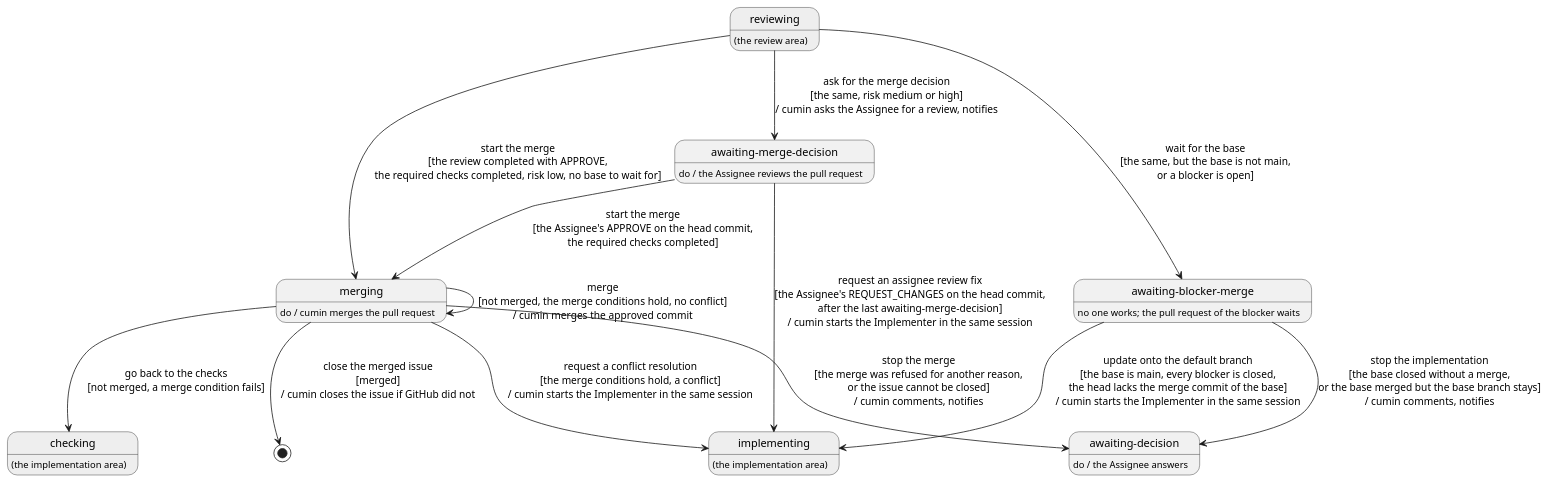
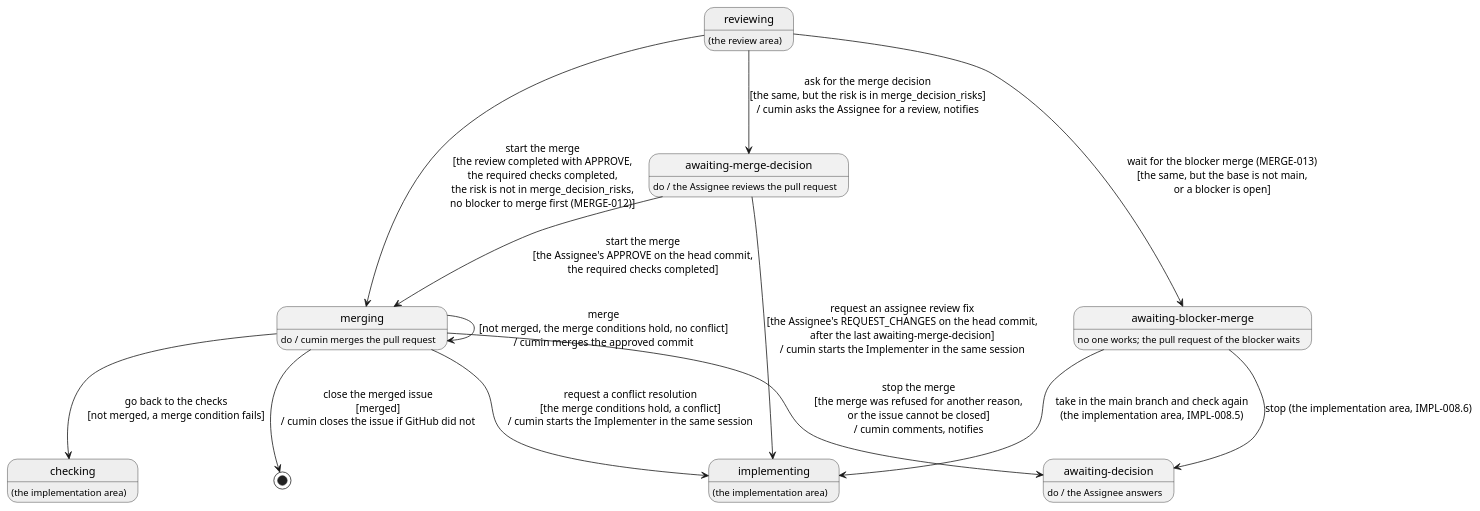
The diagram in docs/ja/requirements/merge/overview.puml (cloveclovedev/cumin-works), drawn with PlantUML before and after one commit. The commit also changed 6 other files, not shown here.

First line of the commit message:
docs(requirements): choose by a setting which risks need a merge decision

```diff
--- a/docs/ja/requirements/merge/overview.puml
+++ b/docs/ja/requirements/merge/overview.puml
@@ -1,43 +1,43 @@
 @startuml overview
 ' cumin-works - the states of an implementation issue in the merge stage.
 ' A state is a label on GitHub, written without "cumin/status/". "do /" says who works in the state.
 ' A transition is written: action [guard] / what cumin does. A gray state belongs to another area.
 ' Render: run scripts/render-diagrams.sh at the root of the repository.
 
 hide empty description
 
 state "reviewing" as Reviewing #EEEEEE
 Reviewing : (the review area)
 
 state "awaiting-merge-decision" as MergeDecision
 MergeDecision : do / the Assignee reviews the pull request
 
 state "merging" as Merging
 Merging : do / cumin merges the pull request
 
 state "implementing" as Implementing #EEEEEE
 Implementing : (the implementation area)
 
 state "checking" as Checking #EEEEEE
 Checking : (the implementation area)
 
 state "awaiting-blocker-merge" as AwaitingBase
 AwaitingBase : no one works; the pull request of the blocker waits
 
 state "awaiting-decision" as Decision
 Decision : do / the Assignee answers
 
-Reviewing --> Merging : start the merge\n[the review completed with APPROVE,\nthe required checks completed, risk low, no base to wait for]
-Reviewing --> MergeDecision : ask for the merge decision\n[the same, risk medium or high]\n/ cumin asks the Assignee for a review, notifies
+Reviewing --> Merging : start the merge\n[the review completed with APPROVE,\nthe required checks completed,\nthe risk is not in merge_decision_risks,\nno blocker to merge first (MERGE-012)]
+Reviewing --> MergeDecision : ask for the merge decision\n[the same, but the risk is in merge_decision_risks]\n/ cumin asks the Assignee for a review, notifies
 MergeDecision --> Merging : start the merge\n[the Assignee's APPROVE on the head commit,\nthe required checks completed]
 MergeDecision --> Implementing : request an assignee review fix\n[the Assignee's REQUEST_CHANGES on the head commit,\nafter the last awaiting-merge-decision]\n/ cumin starts the Implementer in the same session
-Reviewing --> AwaitingBase : wait for the base\n[the same, but the base is not main,\nor a blocker is open]
-AwaitingBase --> Implementing : update onto the default branch\n[the base is main, every blocker is closed,\nthe head lacks the merge commit of the base]\n/ cumin starts the Implementer in the same session
-AwaitingBase --> Decision : stop the implementation\n[the base closed without a merge,\nor the base merged but the base branch stays]\n/ cumin comments, notifies
+Reviewing --> AwaitingBase : wait for the blocker merge (MERGE-013)\n[the same, but the base is not main,\nor a blocker is open]
+AwaitingBase --> Implementing : take in the main branch and check again\n(the implementation area, IMPL-008.5)
+AwaitingBase --> Decision : stop (the implementation area, IMPL-008.6)
 Merging --> Merging : merge\n[not merged, the merge conditions hold, no conflict]\n/ cumin merges the approved commit
 Merging --> [*] : close the merged issue\n[merged]\n/ cumin closes the issue if GitHub did not
 Merging --> Checking : go back to the checks\n[not merged, a merge condition fails]
 Merging --> Implementing : request a conflict resolution\n[the merge conditions hold, a conflict]\n/ cumin starts the Implementer in the same session
 Merging --> Decision : stop the merge\n[the merge was refused for another reason,\nor the issue cannot be closed]\n/ cumin comments, notifies
 
 @enduml
```
